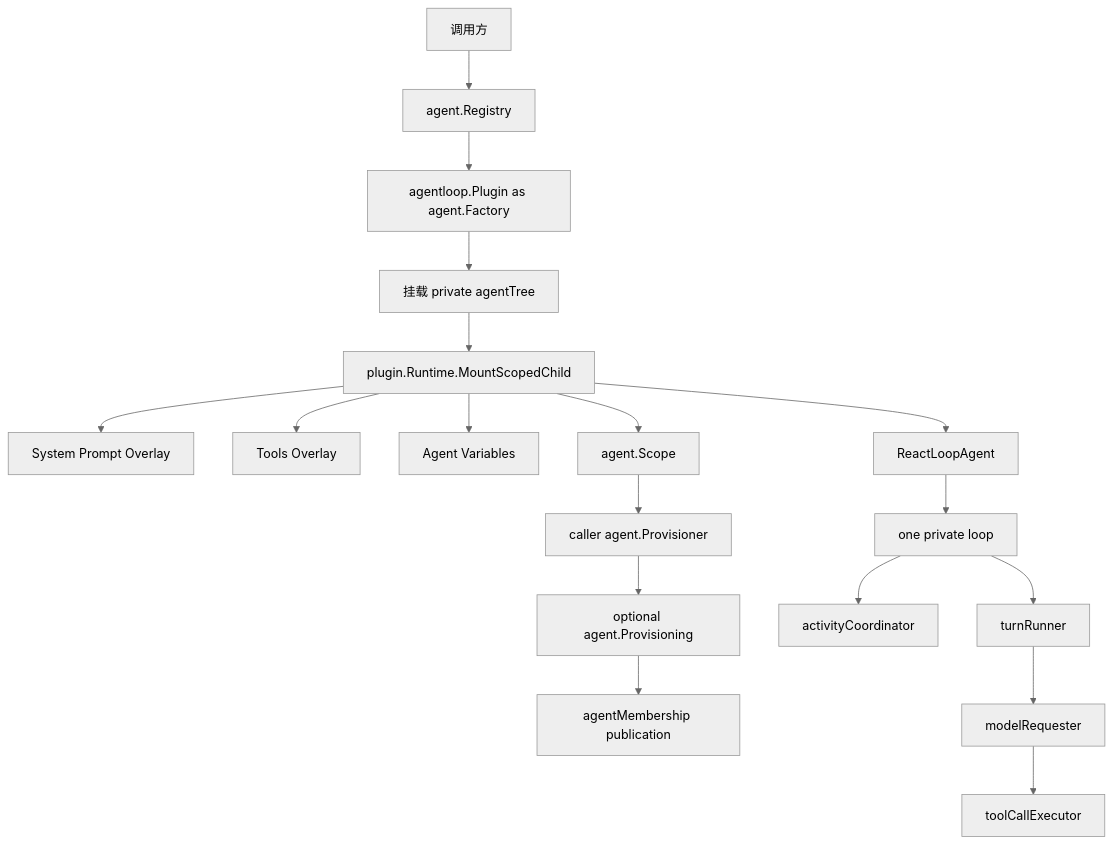
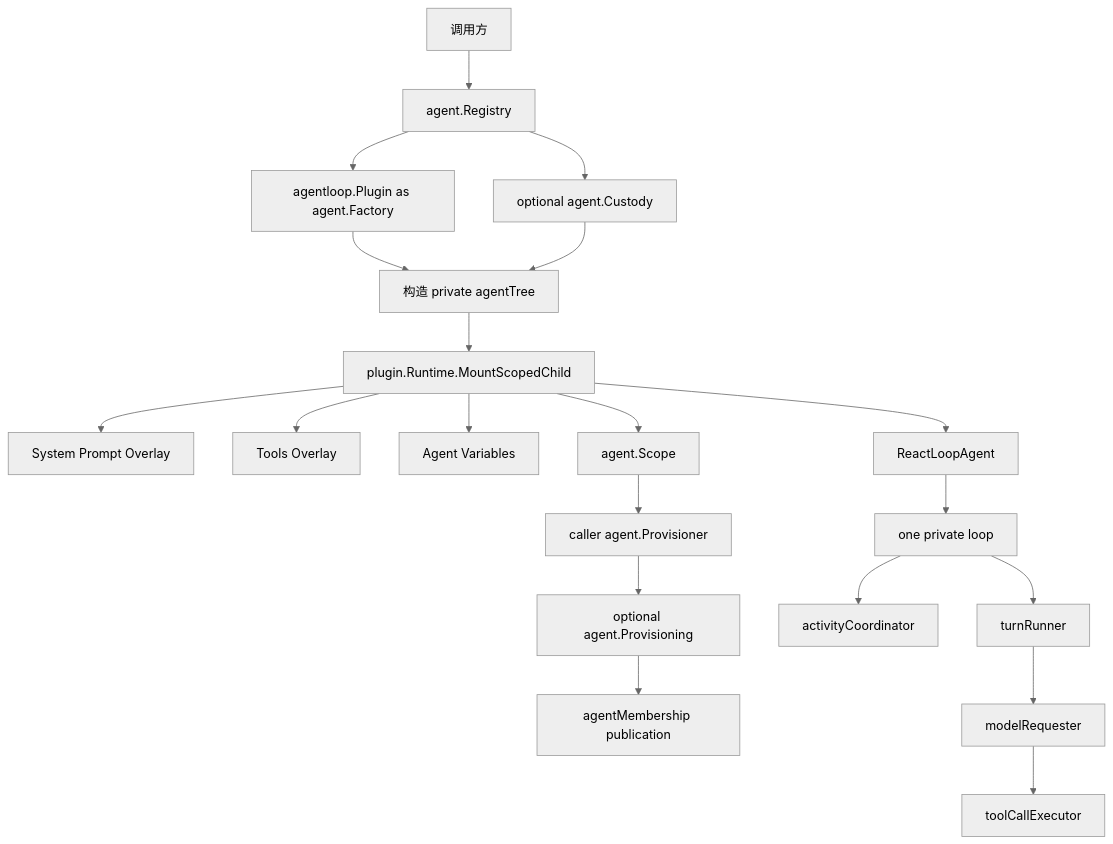
Before and after one commit to gorenx/goren: the first of 2 diagrams in agentloop/README.zh-CN.md, drawn with Mermaid (neutral theme). The commit also changed other lines of this file and 5 other files, not shown here.

````diff
--- a/agentloop/README.zh-CN.md
+++ b/agentloop/README.zh-CN.md
@@ -31,20 +31,22 @@
 ```mermaid
 flowchart TD
     API[调用方] --> Registry[agent.Registry]
     Registry --> Root[agentloop.Plugin as agent.Factory]
-    Root --> Build[挂载 private agentTree]
+    Root --> Build[构造 private agentTree]
+    Registry --> Custody[optional agent.Custody]
+    Custody --> Build
     Build --> Runtime[plugin.Runtime.MountScopedChild]
     Runtime --> Prompt[System Prompt Overlay]
     Runtime --> Tools[Tools Overlay]
     Runtime --> Vars[Agent Variables]
     Runtime --> Agent[ReactLoopAgent]
     Runtime --> Scope[agent.Scope]
     Scope --> Provisioner[caller agent.Provisioner]
     Provisioner --> Provisioning[optional agent.Provisioning]
     Provisioning --> Membership[agentMembership publication]
     Agent --> Loop[one private loop]
     Loop --> Activity[activityCoordinator]
     Loop --> Turn[turnRunner]
     Turn --> Request[modelRequester]
     Request --> Calls[toolCallExecutor]
 ```
````
